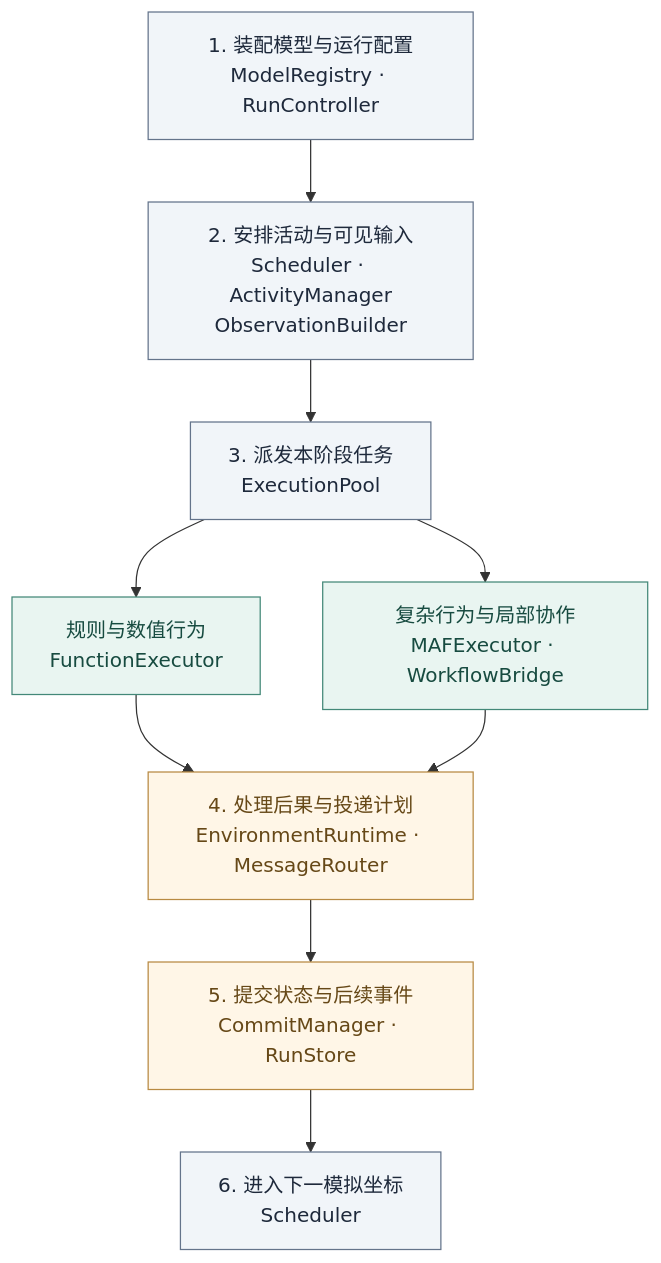
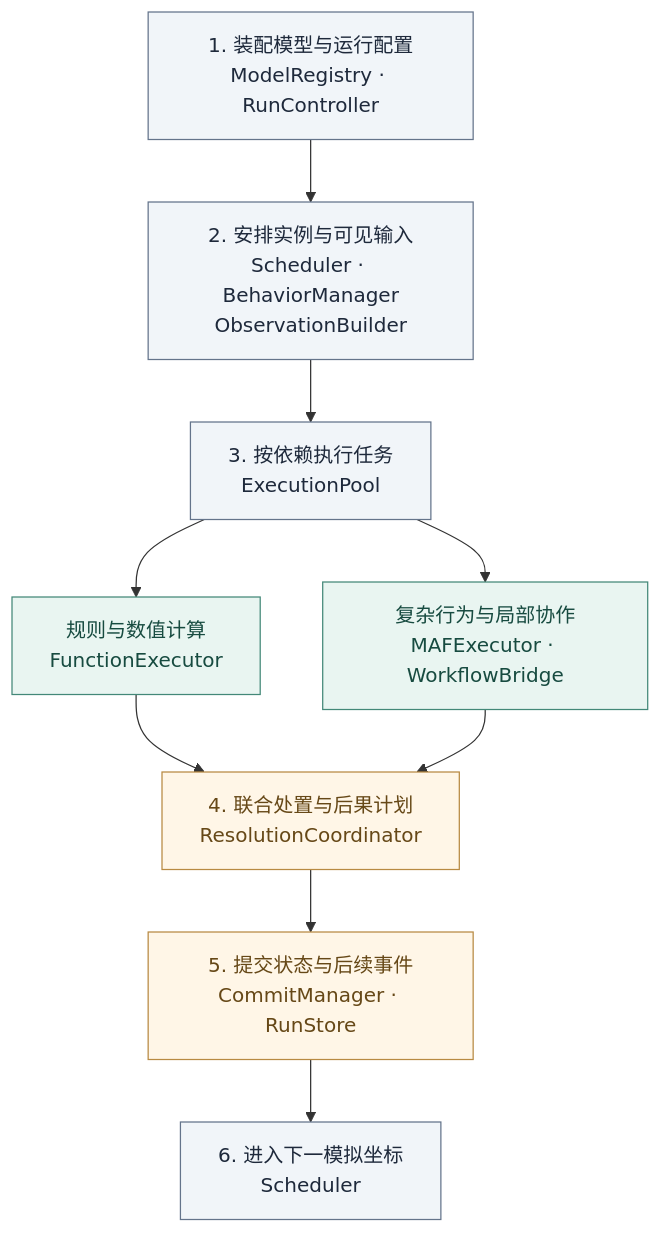
The diagram in docs/MAF_MASIM_muhan/02-architecture.md (AgenticFinLab/multiagent-simulation), drawn with Mermaid before and after one commit. The commit also changed other lines of this file and 15 other files, not shown here.

````diff
--- a/docs/MAF_MASIM_muhan/02-architecture.md
+++ b/docs/MAF_MASIM_muhan/02-architecture.md
@@ -15,25 +15,25 @@
 ```mermaid
 flowchart TB
     SETUP["1. 装配模型与运行配置<br/>ModelRegistry · RunController"]
-    PLAN["2. 安排活动与可见输入<br/>Scheduler · ActivityManager<br/>ObservationBuilder"]
-    POOL["3. 派发本阶段任务<br/>ExecutionPool"]
-    FUNC["规则与数值行为<br/>FunctionExecutor"]
+    PLAN["2. 安排实例与可见输入<br/>Scheduler · BehaviorManager<br/>ObservationBuilder"]
+    POOL["3. 按依赖执行任务<br/>ExecutionPool"]
+    FUNC["规则与数值计算<br/>FunctionExecutor"]
     MAF["复杂行为与局部协作<br/>MAFExecutor · WorkflowBridge"]
-    EFFECT["4. 处理后果与投递计划<br/>EnvironmentRuntime · MessageRouter"]
+    EFFECT["4. 联合处置与后果计划<br/>ResolutionCoordinator"]
     COMMIT["5. 提交状态与后续事件<br/>CommitManager · RunStore"]
     NEXT["6. 进入下一模拟坐标<br/>Scheduler"]
 
     SETUP --> PLAN --> POOL
     POOL --> FUNC
     POOL --> MAF
     FUNC --> EFFECT
     MAF --> EFFECT
     EFFECT --> COMMIT --> NEXT
 
     classDef control fill:#f1f5f9,stroke:#64748b,color:#1e293b
     classDef runtime fill:#e9f5f1,stroke:#438878,color:#174b40
     classDef state fill:#fff6e7,stroke:#b88a42,color:#664817
     class SETUP,PLAN,POOL,NEXT control
     class FUNC,MAF runtime
     class EFFECT,COMMIT state
 ```
````
